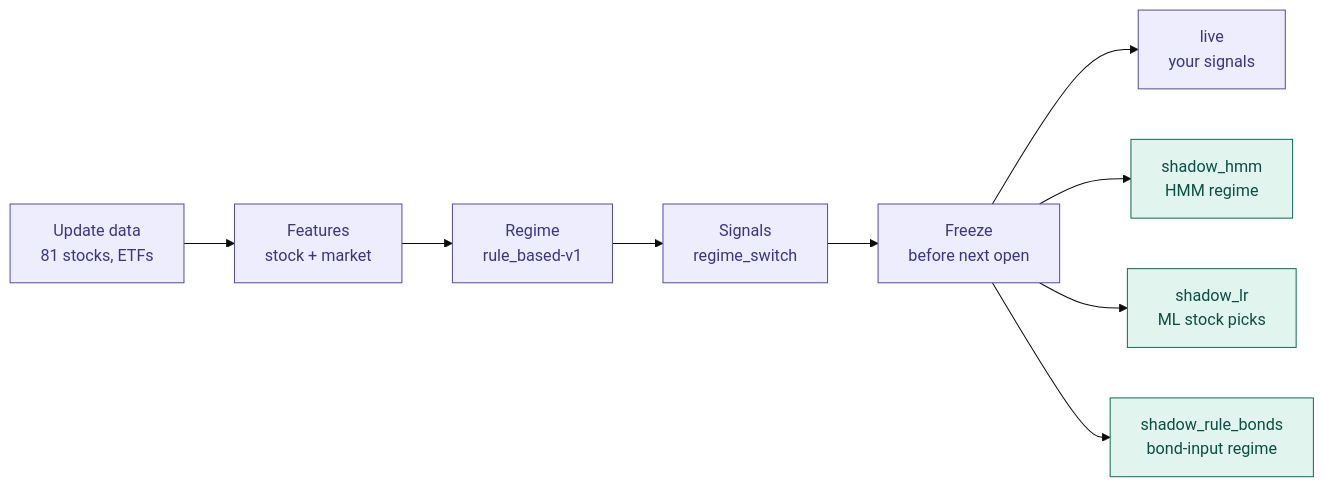
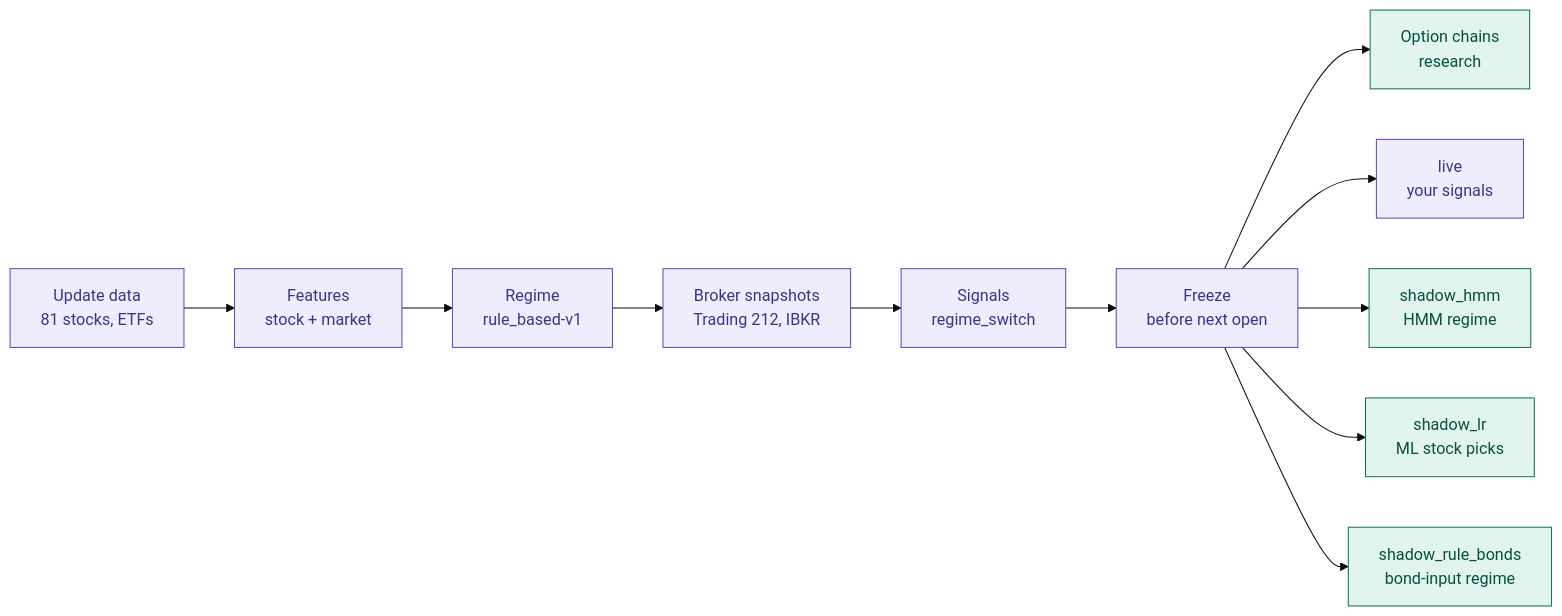
The second of 3 diagrams in README.md (farseerzhang/mini-quant-trader), drawn with Mermaid (base theme) before and after one commit. The commit also changed other lines of this file, not shown here.

````diff
--- a/README.md
+++ b/README.md
@@ -491,16 +526,18 @@
 ```mermaid
 flowchart LR
     update["Update data<br/>81 stocks, ETFs"] --> features["Features<br/>stock + market"]
     features --> regime["Regime<br/>rule_based-v1"]
-    regime --> signals["Signals<br/>regime_switch"]
+    regime --> broker["Broker snapshots<br/>Trading 212, IBKR"]
+    broker --> signals["Signals<br/>regime_switch"]
     signals --> freeze["Freeze<br/>before next open"]
+    freeze --> options["Option chains<br/>research"]
     freeze --> live["live<br/>your signals"]
     freeze --> hmm["shadow_hmm<br/>HMM regime"]
     freeze --> lr["shadow_lr<br/>ML stock picks"]
     freeze --> bonds["shadow_rule_bonds<br/>bond-input regime"]
 
     classDef trading fill:#EEEDFE,stroke:#534AB7,color:#3C3489
     classDef shadow fill:#E1F5EE,stroke:#0F6E56,color:#085041
-    class update,features,regime,signals,freeze,live trading
-    class hmm,lr,bonds shadow
+    class update,features,regime,broker,signals,freeze,live trading
+    class hmm,lr,bonds,options shadow
 ```
````
